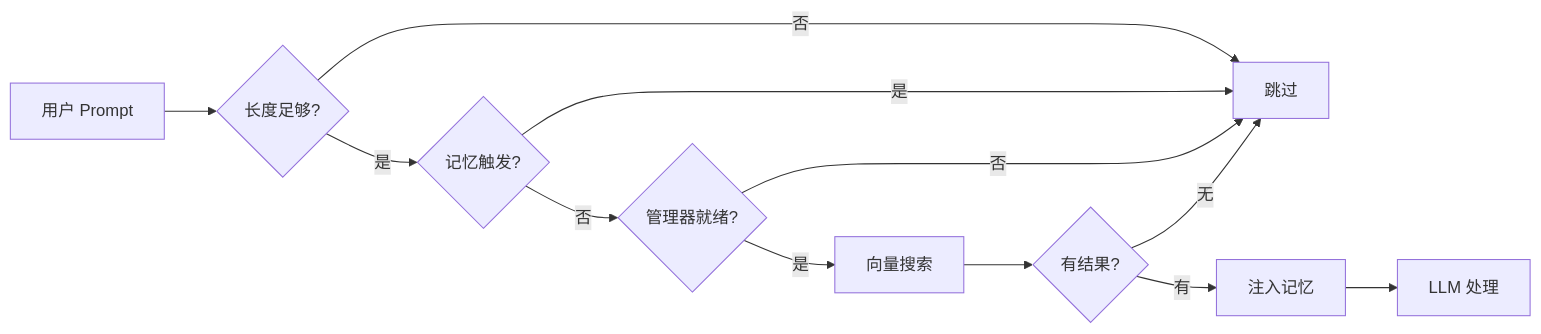
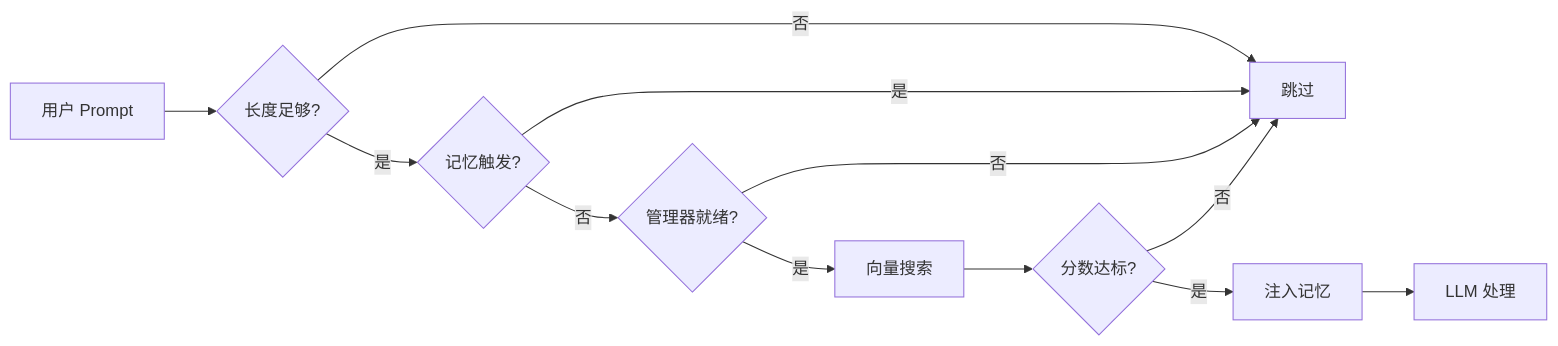
Before and after one commit to aloong-planet/openclaw-memory-core-plus: the first of 2 diagrams in README.zh-CN.md, drawn with Mermaid. The commit also changed other lines of this file and 1 other file, not shown here.

Commit message:
docs: clarify that minScore filtering is handled by the core search manager
Update flowcharts and processing steps in both READMEs to accurately
reflect that score filtering is delegated to the openclaw core search
manager (memorySearch.query.minScore), not handled by the plugin itself.

````diff
--- a/README.zh-CN.md
+++ b/README.zh-CN.md
@@ -77,14 +77,14 @@
 ```mermaid
 flowchart LR
     A[用户 Prompt] --> B{长度足够?}
     B -- 否 --> X[跳过]
     B -- 是 --> C{记忆触发?}
     C -- 是 --> X
     C -- 否 --> D{管理器就绪?}
     D -- 否 --> X
     D -- 是 --> E[向量搜索]
-    E --> F{有结果?}
-    F -- 无 --> X
-    F -- 有 --> G[注入记忆]
+    E --> F{分数达标?}
+    F -- 否 --> X
+    F -- 是 --> G[注入记忆]
     G --> H[LLM 处理]
 ```
````
